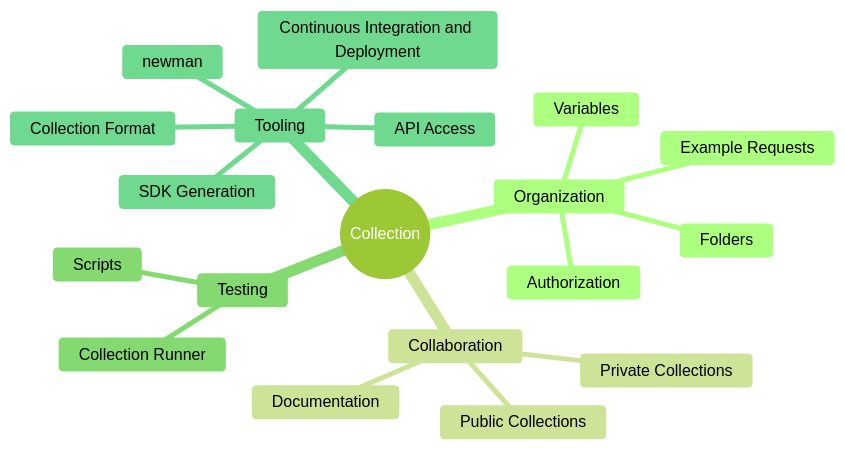
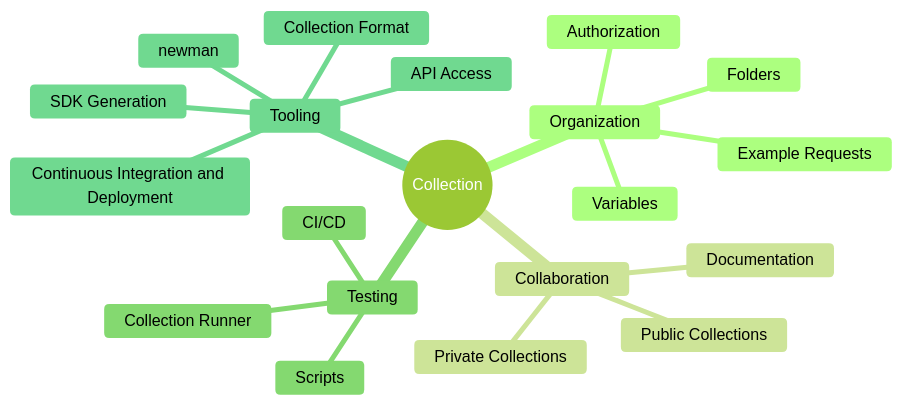
Before and after one commit to taneron/konfig: the second of 5 diagrams in generator/konfig-docs/blog/2023/07/09-postman-part-1.mdx, drawn with Mermaid (forest theme). The commit also changed other lines of this file and 5 other files, not shown here.

````diff
--- a/generator/konfig-docs/blog/2023/07/09-postman-part-1.mdx
+++ b/generator/konfig-docs/blog/2023/07/09-postman-part-1.mdx
@@ -160,22 +159,23 @@
 ```mermaid
 mindmap
   root((Collection))
     Organization
         Folders
         Example Requests
         Variables
         Authorization
     Collaboration
         Private Collections
         Public Collections
         Documentation
     Testing
         Scripts
         Collection Runner
+        CI/CD
     Tooling
         Continuous Integration and Deployment
         SDK Generation
         API Access
         Collection Format
         newman
 ```
````
